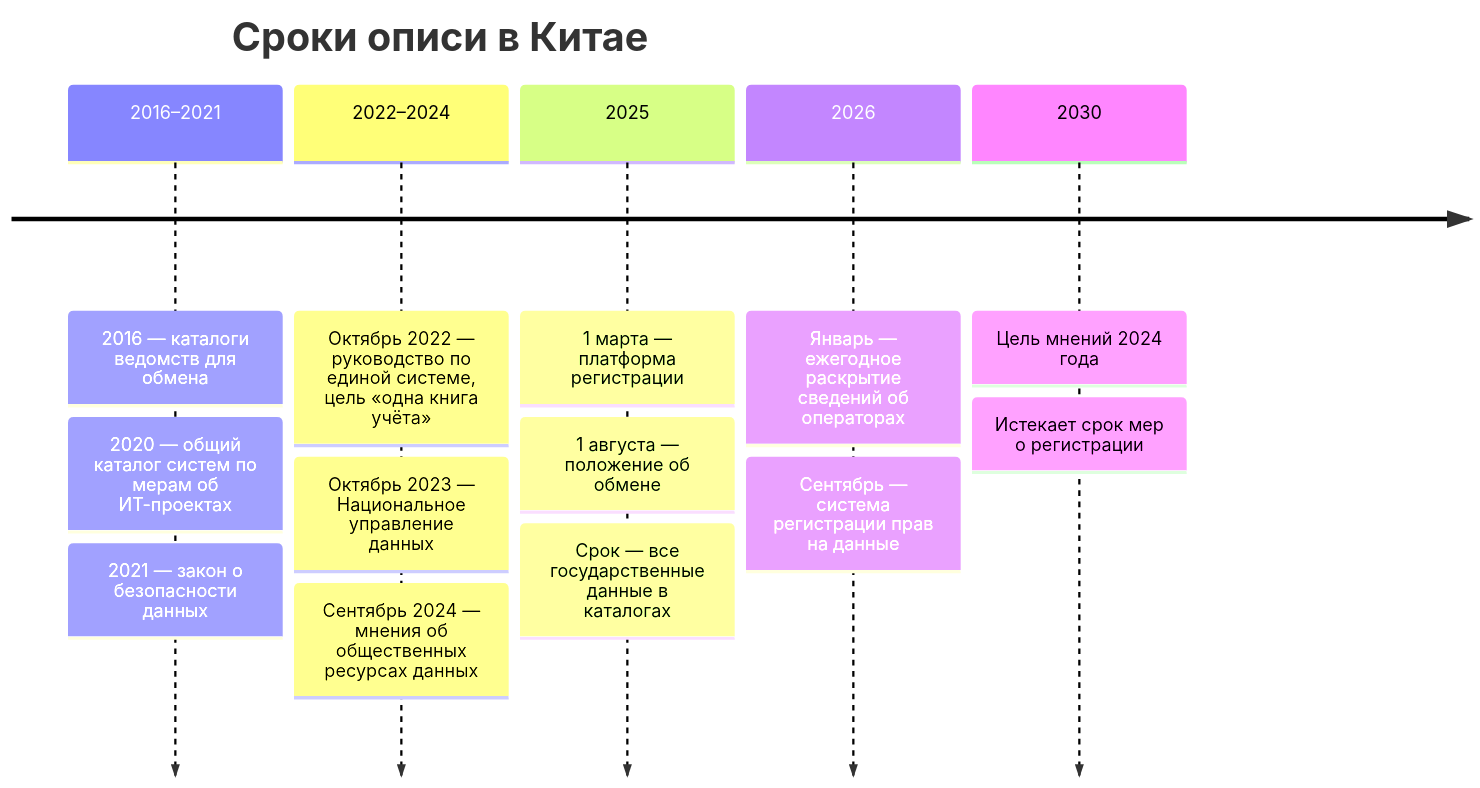
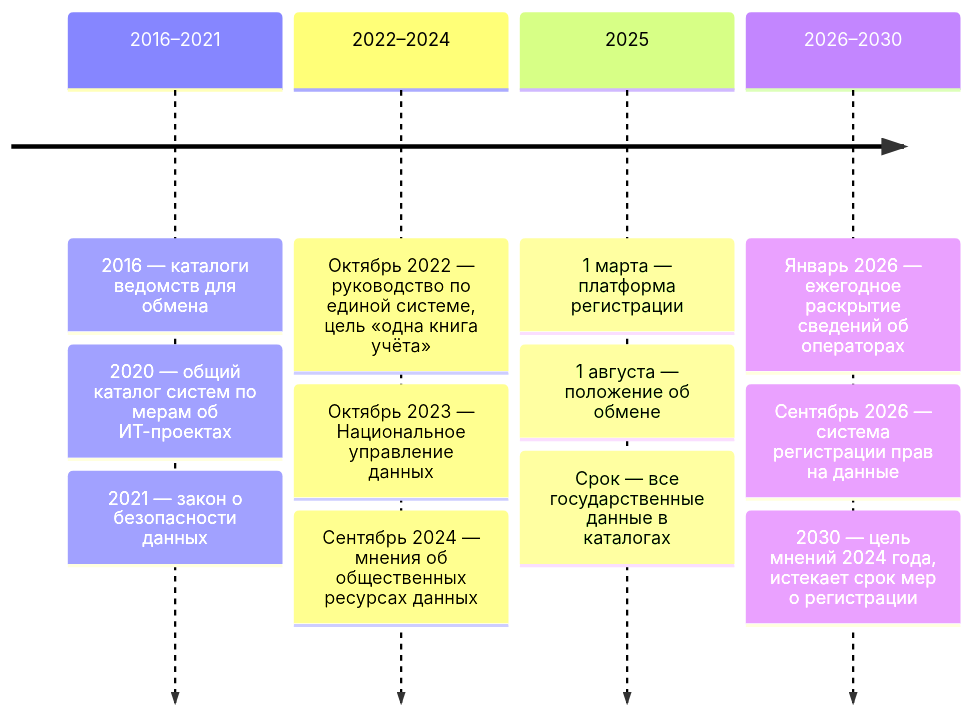
Before and after one commit to ivbeg/data-inventory: the second of 2 diagrams in docs/07-countries/10-china.md, drawn with Mermaid. The commit also changed other lines of this file and 34 other files, not shown here.

First line of the commit message:
Читаемая карта от продукта и единый размер схем в PDF

````diff
--- a/docs/07-countries/10-china.md
+++ b/docs/07-countries/10-china.md
@@ -54,9 +54,13 @@
 ```mermaid
+---
+config:
+  timeline:
+    leftMargin: 0
+    padding: 10
+---
 timeline
-  title Сроки описи в Китае
   2016–2021 : 2016 — каталоги ведомств для обмена : 2020 — общий каталог систем по мерам об ИТ-проектах : 2021 — закон о безопасности данных
   2022–2024 : Октябрь 2022 — руководство по единой системе, цель «одна книга учёта» : Октябрь 2023 — Национальное управление данных : Сентябрь 2024 — мнения об общественных ресурсах данных
   2025 : 1 марта — платформа регистрации : 1 августа — положение об обмене : Срок — все государственные данные в каталогах
-  2026 : Январь — ежегодное раскрытие сведений об операторах : Сентябрь — система регистрации прав на данные
-  2030 : Цель мнений 2024 года : Истекает срок мер о регистрации
+  2026–2030 : Январь 2026 — ежегодное раскрытие сведений об операторах : Сентябрь 2026 — система регистрации прав на данные : 2030 — цель мнений 2024 года, истекает срок мер о регистрации
 ```
````
